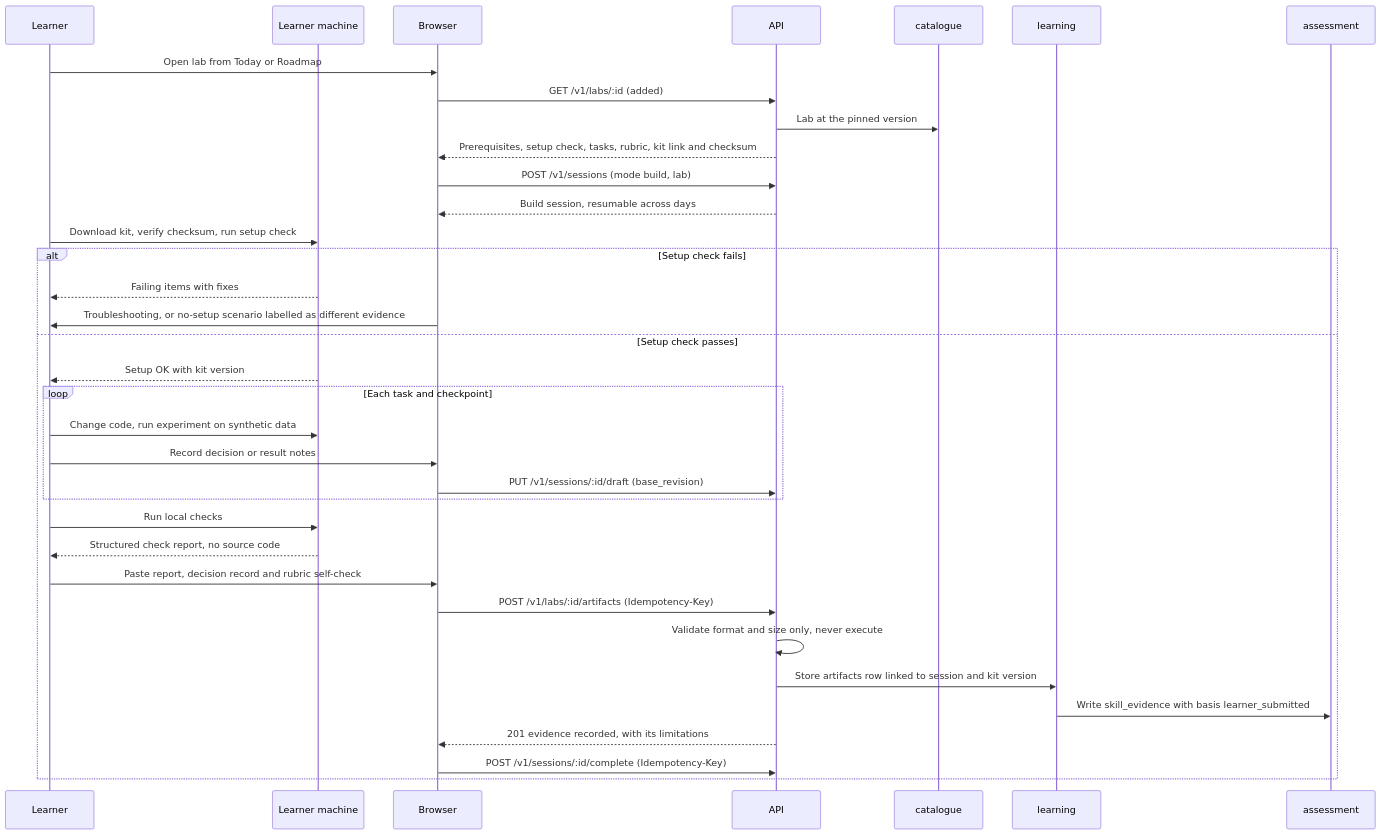
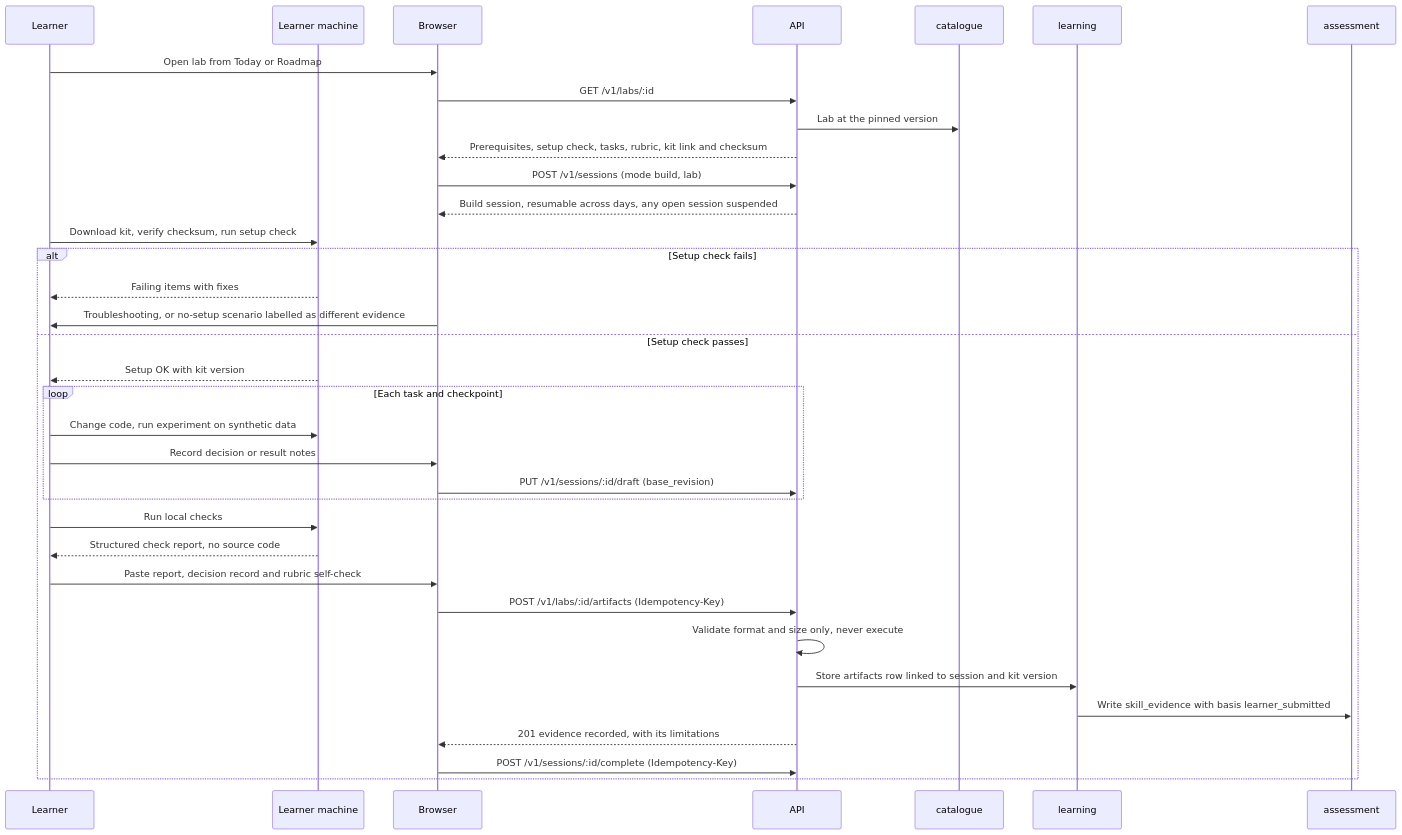
Before and after one commit to GhanshyamSoni68/app_idea: diagram 17 of 19 in devstep/docs/03-key-flows.md, drawn with Mermaid. The commit also changed other lines of this file and 8 other files, not shown here.

````diff
--- a/devstep/docs/03-key-flows.md
+++ b/devstep/docs/03-key-flows.md
@@ -1021,37 +1053,37 @@
 ```mermaid
 sequenceDiagram
     participant L as Learner
     participant M as Learner machine
     participant B as Browser
     participant API
     participant CAT as catalogue
     participant LRN as learning
     participant ASM as assessment
     L->>B: Open lab from Today or Roadmap
-    B->>API: GET /v1/labs/:id (added)
+    B->>API: GET /v1/labs/:id
     API->>CAT: Lab at the pinned version
     API-->>B: Prerequisites, setup check, tasks, rubric, kit link and checksum
     B->>API: POST /v1/sessions (mode build, lab)
-    API-->>B: Build session, resumable across days
+    API-->>B: Build session, resumable across days, any open session suspended
     L->>M: Download kit, verify checksum, run setup check
     alt Setup check fails
         M-->>L: Failing items with fixes
         B->>L: Troubleshooting, or no-setup scenario labelled as different evidence
     else Setup check passes
         M-->>L: Setup OK with kit version
         loop Each task and checkpoint
             L->>M: Change code, run experiment on synthetic data
             L->>B: Record decision or result notes
             B->>API: PUT /v1/sessions/:id/draft (base_revision)
         end
         L->>M: Run local checks
         M-->>L: Structured check report, no source code
         L->>B: Paste report, decision record and rubric self-check
         B->>API: POST /v1/labs/:id/artifacts (Idempotency-Key)
         API->>API: Validate format and size only, never execute
         API->>LRN: Store artifacts row linked to session and kit version
         LRN->>ASM: Write skill_evidence with basis learner_submitted
         API-->>B: 201 evidence recorded, with its limitations
         B->>API: POST /v1/sessions/:id/complete (Idempotency-Key)
     end
 ```
````
